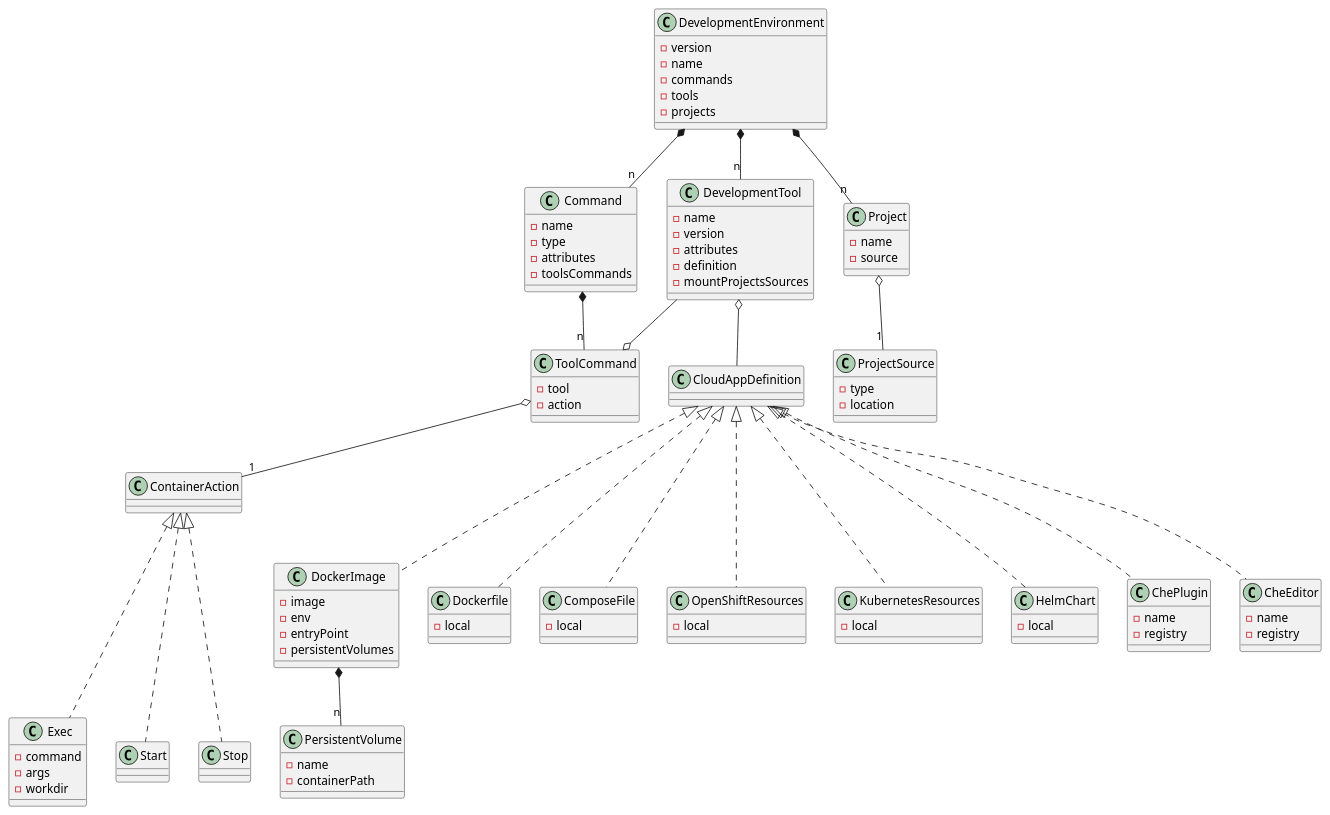
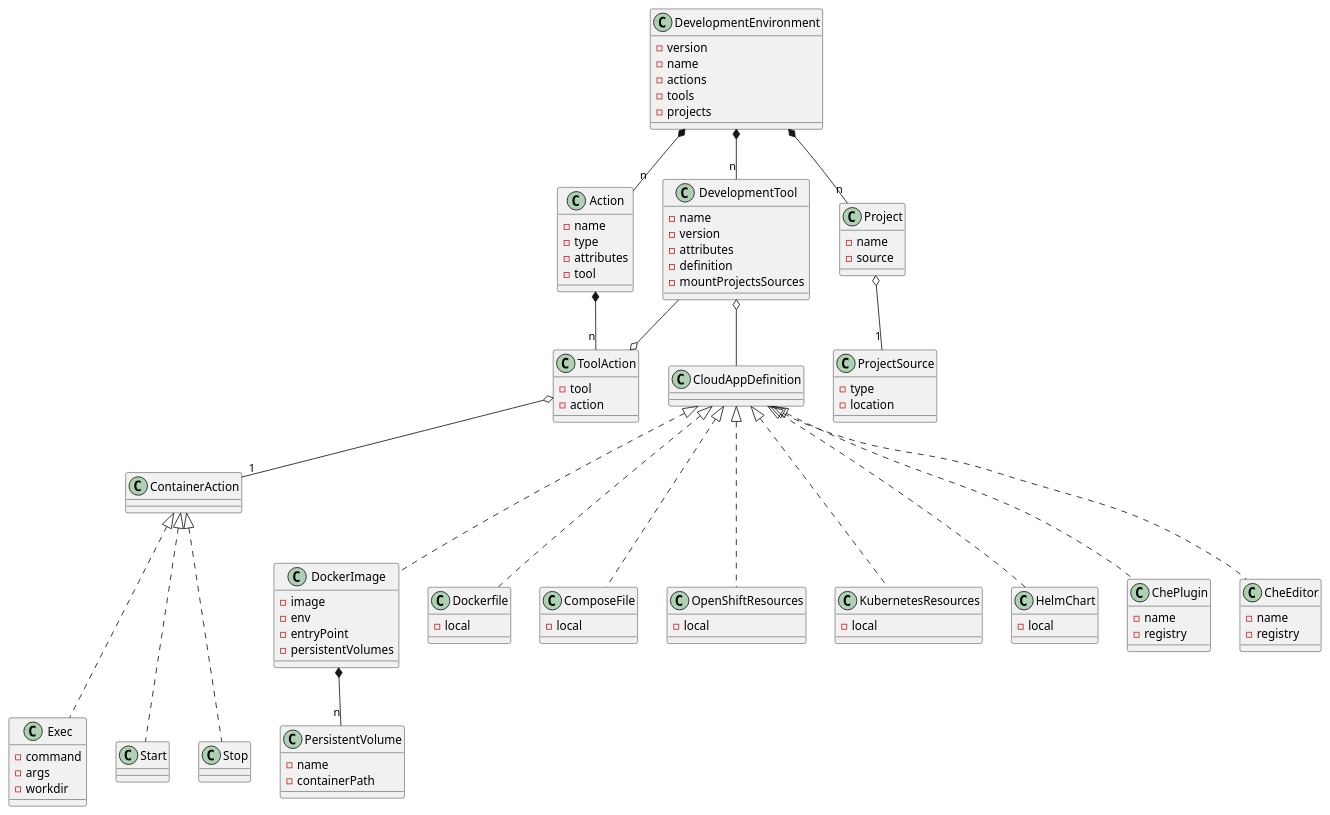
One commit to redhat-developer/devfile changed the diagram in devfile.plantuml. Above: the diagram before and after it, drawn with PlantUML. The commit also changed 1 other file, not shown here.

Commit message:
Rename commands --> actions

```diff
--- a/devfile.plantuml
+++ b/devfile.plantuml
@@ -1,134 +1,134 @@
 @startuml devfile
 
 class DevelopmentEnvironment {
   - version
   - name
-  - commands
+  - actions
   - tools
   - projects
 }
 
 together {
   class DevelopmentTool
-  class Command
+  class Action
   class Project
 }
 
 together {
-  class ToolCommand
+  class ToolAction
   class CloudAppDefinition
 }
 
 DevelopmentEnvironment *-- "n" DevelopmentTool
-DevelopmentEnvironment *-- "n" Command
+DevelopmentEnvironment *-- "n" Action
 DevelopmentEnvironment *-- "n" Project
 
 class DevelopmentTool {
     - name
     - version
     - attributes
     - definition
     - mountProjectsSources
 }
 
 DevelopmentTool o-- CloudAppDefinition
 
 CloudAppDefinition <|-.. DockerImage
 CloudAppDefinition <|-.. Dockerfile
 CloudAppDefinition <|-.. ComposeFile
 CloudAppDefinition <|-.. OpenShiftResources
 CloudAppDefinition <|-.. KubernetesResources
 CloudAppDefinition <|-.. HelmChart
 CloudAppDefinition <|-.. ChePlugin
 CloudAppDefinition <|-.. CheEditor
 
-class Command {
+class Action {
   - name
   - type
   - attributes
-  - toolsCommands
+  - tool
 }
 
-Command *-- "n" ToolCommand
-ToolCommand o-- DevelopmentTool
+Action *-- "n" ToolAction
+ToolAction o-- DevelopmentTool
 
-class ToolCommand {
+class ToolAction {
   - tool
   - action
 }
 
-ToolCommand o-- "1" ContainerAction
+ToolAction o-- "1" ContainerAction
 
 ContainerAction <|-..Exec
 ContainerAction <|-..Start
 ContainerAction <|-..Stop
 
 together {
   class Exec
   class Start
   class Stop
 }
 
 class Exec {
   - command
   - args
   - workdir
 }
 
 class Project {
   - name
   - source
 }
 
 Project o-- "1" ProjectSource
 
 class ProjectSource {
   - type
   - location
 }
 
 class DockerImage {
   - image
   - env
   - entryPoint
   - persistentVolumes
 }
 
 DockerImage *-- "n" PersistentVolume
 
 class PersistentVolume {
   - name
   - containerPath
 }
 
 class ComposeFile {
   - local
 }
 
 class Dockerfile {
   - local
 }
 
 class OpenShiftResources {
   - local
 }
 
 class KubernetesResources {
   - local
 }
 
 class HelmChart {
   - local
 }
 
 class ChePlugin {
   - name
   - registry
 }
 
 class CheEditor {
   - name
   - registry
 }
 
 @enduml
```
